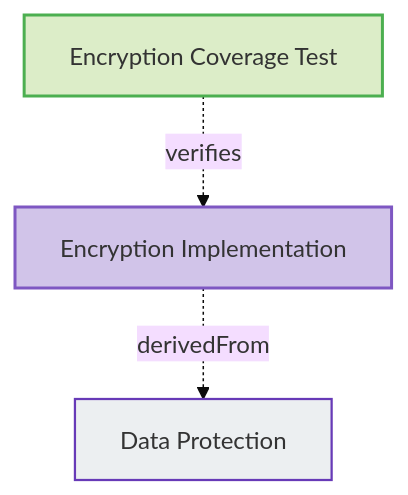
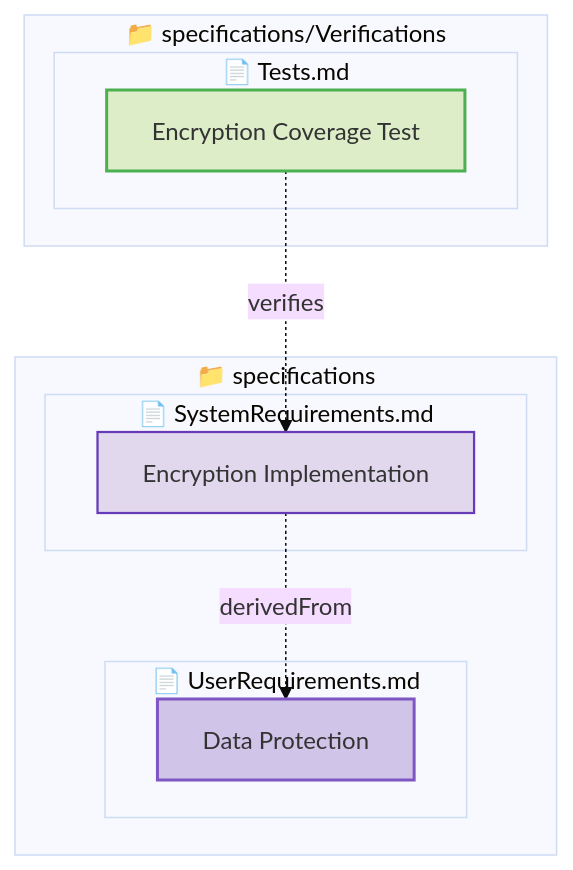
One commit to reqvire-org/reqvire changed the third of 6 diagrams in tests/test-verification-traces/expected/expected_redundant_output.md. Above: the diagram before and after it, drawn with Mermaid (base theme). The commit also changed other lines of this file and 16 other files, not shown here.

First line of the commit message:
Add containment structure to all mermaid diagrams

````diff
--- a/tests/test-verification-traces/expected/expected_redundant_output.md
+++ b/tests/test-verification-traces/expected/expected_redundant_output.md
@@ -65,17 +89,29 @@
 ```mermaid
 graph TD
   classDef userRequirement fill:#D1C4E9,stroke:#7E57C2,stroke-width:2px;
   classDef systemRequirement fill:#E1D8EE,stroke:#673AB7,stroke-width:1.5px;
   classDef requirement fill:#ECEFF1,stroke:#673AB7,stroke-width:1.5px;
-  classDef verified fill:#D1C4E9,stroke:#7E57C2,stroke-width:2px;
   classDef verification fill:#DCEDC8,stroke:#4CAF50,stroke-width:2px;
+  classDef folder fill:#FAFAFA,stroke:#9E9E9E,stroke-width:3px;
+  classDef file fill:#FFF8E1,stroke:#FFCA28,stroke-width:2px;
+  classDef default fill:#F5F5F5,stroke:#424242,stroke-width:1.5px;
 
-  30572046e8226c8d["Encryption Coverage Test"]:::verification
-  click 30572046e8226c8d "specifications/Verifications/Tests.md#encryption-coverage-test";
-  de36a6e809a20bc2["Encryption Implementation"]:::verified
-  click de36a6e809a20bc2 "specifications/SystemRequirements.md#encryption-implementation";
+  subgraph b4c308bac4df6d65["📁 specifications"]
+    subgraph d76ffb0335b04f31["📄 SystemRequirements.md"]
+      de36a6e809a20bc2["Encryption Implementation"]:::systemRequirement
+      click de36a6e809a20bc2 "specifications/SystemRequirements.md#encryption-implementation";
+    end
+    subgraph c057e38f409f215b["📄 UserRequirements.md"]
+      8ddbf0ce66bc6c18["Data Protection"]:::userRequirement
+      click 8ddbf0ce66bc6c18 "specifications/UserRequirements.md#data-protection";
+    end
+  end
+  subgraph 186822cd467e0417["📁 specifications/Verifications"]
+    subgraph b64358bba6ee017f["📄 Tests.md"]
+      30572046e8226c8d["Encryption Coverage Test"]:::verification
+      click 30572046e8226c8d "specifications/Verifications/Tests.md#encryption-coverage-test";
+    end
+  end
   30572046e8226c8d -.->|verifies| de36a6e809a20bc2;
-  8ddbf0ce66bc6c18["Data Protection"]:::requirement
-  click 8ddbf0ce66bc6c18 "specifications/UserRequirements.md#data-protection";
   de36a6e809a20bc2 -.->|derivedFrom| 8ddbf0ce66bc6c18;
 ```
````
